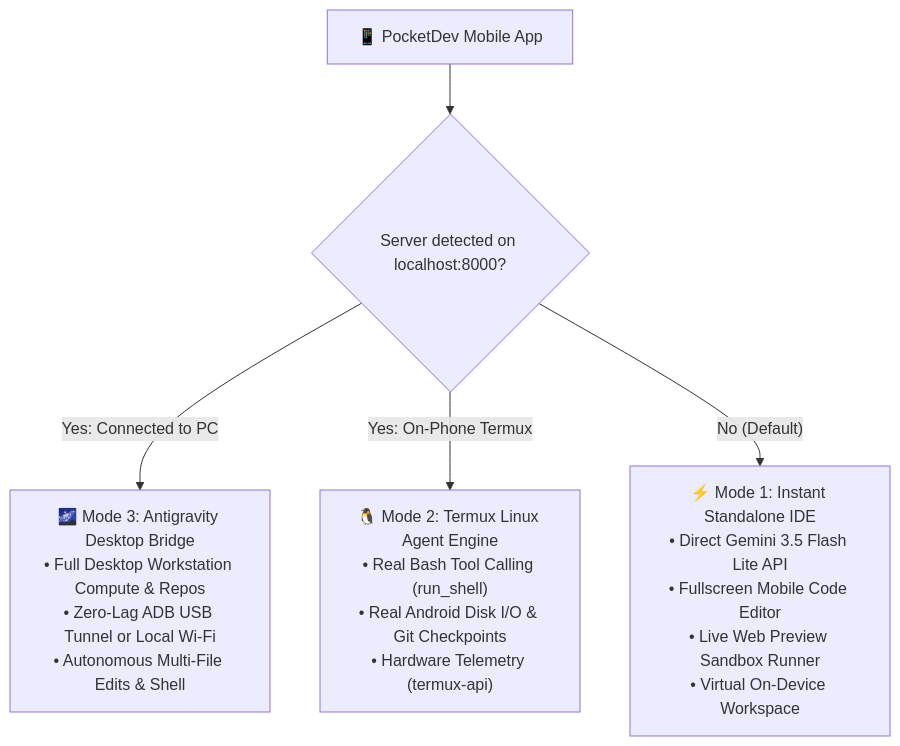
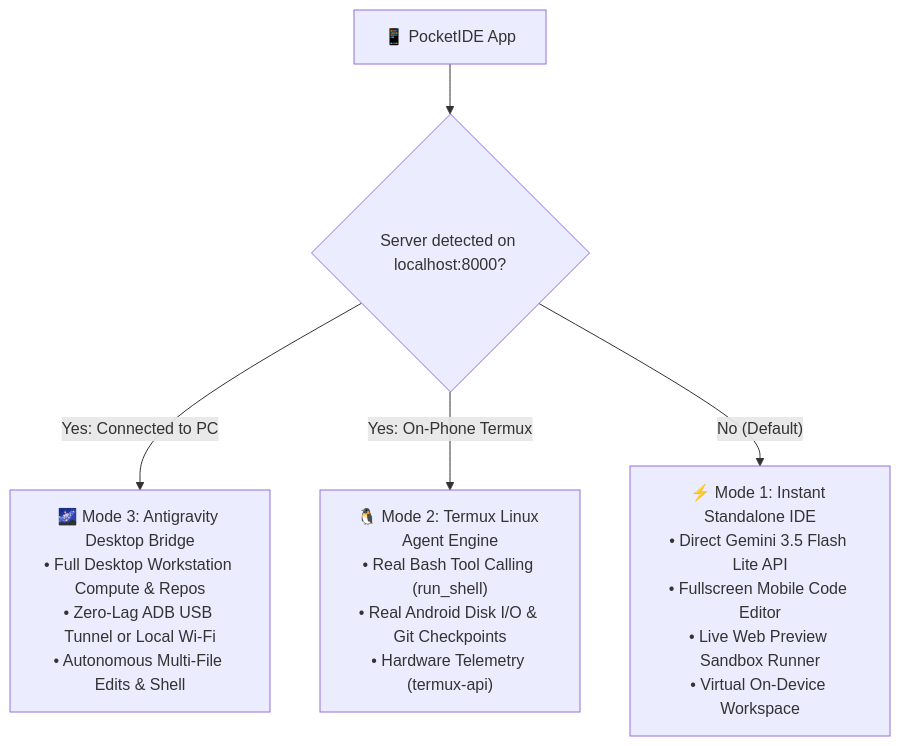
The diagram in README.md (manansheth296-tech/Antigravity-Mobile), drawn with Mermaid before and after one commit. The commit also changed other lines of this file and 29 other files, not shown here.

Commit message:
feat: Rebrand to PocketIDE and default workstation workspace to M:\Dev

````diff
--- a/README.md
+++ b/README.md
@@ -41,7 +41,7 @@
 ```mermaid
 flowchart TD
-    App["📱 PocketDev Mobile App"] --> Check{"Server detected on localhost:8000?"}
+    App["📱 PocketIDE App"] --> Check{"Server detected on localhost:8000?"}
     Check -- "Yes: Connected to PC" --> ModeC["🌌 Mode 3: Antigravity Desktop Bridge<br/>• Full Desktop Workstation Compute & Repos<br/>• Zero-Lag ADB USB Tunnel or Local Wi-Fi<br/>• Autonomous Multi-File Edits & Shell"]
     Check -- "Yes: On-Phone Termux" --> ModeB["🐧 Mode 2: Termux Linux Agent Engine<br/>• Real Bash Tool Calling (run_shell)<br/>• Real Android Disk I/O & Git Checkpoints<br/>• Hardware Telemetry (termux-api)"]
     Check -- "No (Default)" --> ModeA["⚡ Mode 1: Instant Standalone IDE<br/>• Direct Gemini 3.5 Flash Lite API<br/>• Fullscreen Mobile Code Editor<br/>• Live Web Preview Sandbox Runner<br/>• Virtual On-Device Workspace"]
 ```
````
